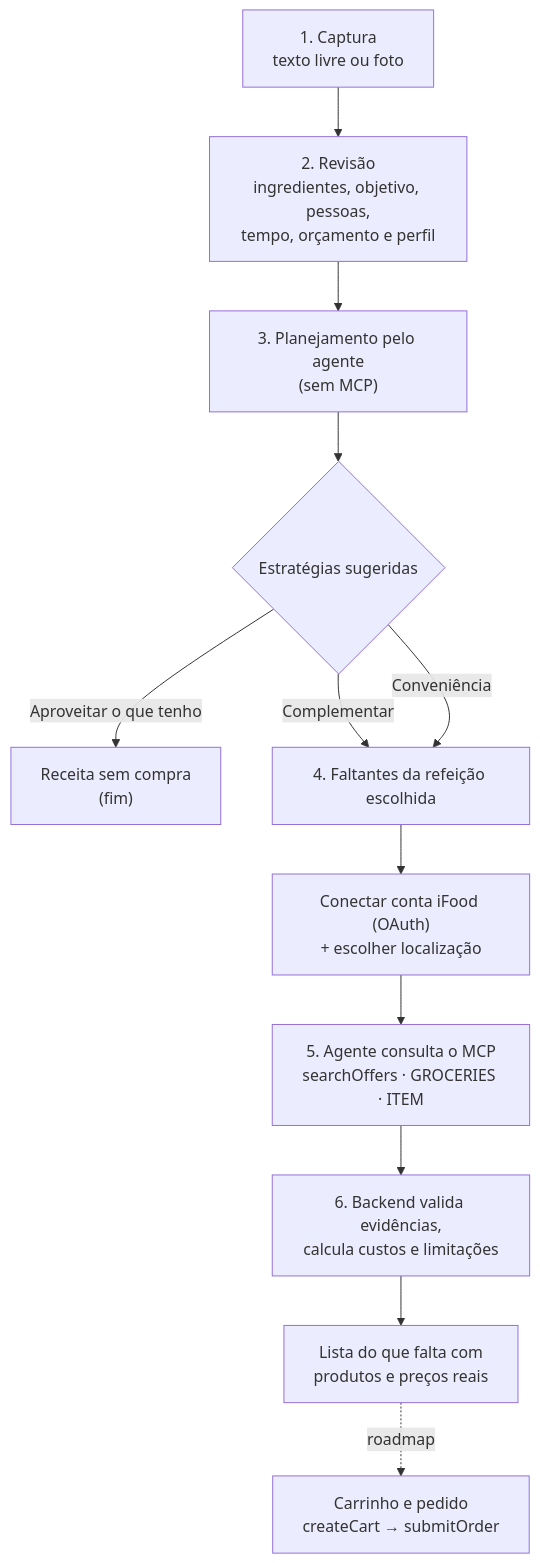
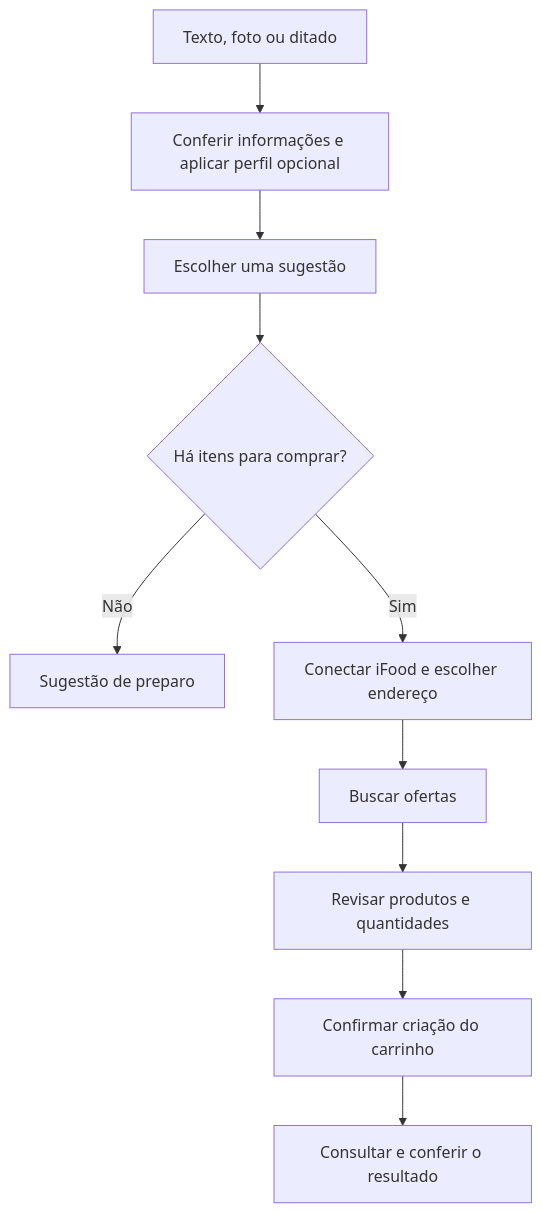
Before and after one commit to YagorVitor/Hackathon-Ifood: the diagram in docs/entregaveis/02-desenho-solucao.md, drawn with Mermaid. The commit also changed other lines of this file and 63 other files, not shown here.

````diff
--- a/docs/entregaveis/02-desenho-solucao.md
+++ b/docs/entregaveis/02-desenho-solucao.md
@@ -13,14 +21,12 @@
 ```mermaid
 flowchart TD
-    A["1. Captura<br/>texto livre ou foto"] --> B["2. Revisão<br/>ingredientes, objetivo, pessoas,<br/>tempo, orçamento e perfil"]
-    B --> C["3. Planejamento pelo agente<br/>(sem MCP)"]
-    C --> D{"Estratégias sugeridas"}
-    D -->|Aproveitar o que tenho| E["Receita sem compra<br/>(fim)"]
-    D -->|Complementar| F["4. Faltantes da refeição escolhida"]
-    D -->|Conveniência| F
-    F --> G["Conectar conta iFood (OAuth)<br/>+ escolher localização"]
-    G --> H["5. Agente consulta o MCP<br/>searchOffers · GROCERIES · ITEM"]
-    H --> I["6. Backend valida evidências,<br/>calcula custos e limitações"]
-    I --> J["Lista do que falta com<br/>produtos e preços reais"]
-    J -.->|roadmap| K["Carrinho e pedido<br/>createCart → submitOrder"]
+ A[Texto, foto ou ditado] --> B[Conferir informações e aplicar perfil opcional]
+ B --> C[Escolher uma sugestão]
+ C --> D{Há itens para comprar?}
+ D -->|Não| E[Sugestão de preparo]
+ D -->|Sim| F[Conectar iFood e escolher endereço]
+ F --> G[Buscar ofertas]
+ G --> H[Revisar produtos e quantidades]
+ H --> I[Confirmar criação do carrinho]
+ I --> J[Consultar e conferir o resultado]
 ```
````
